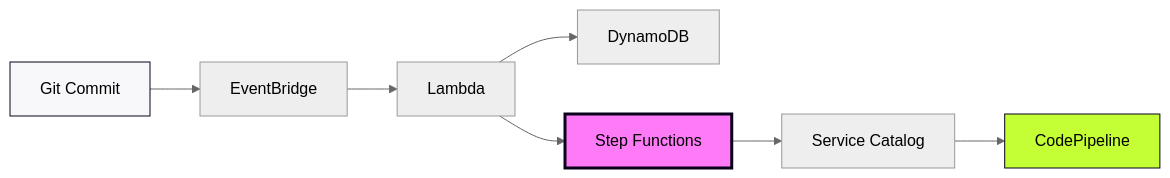
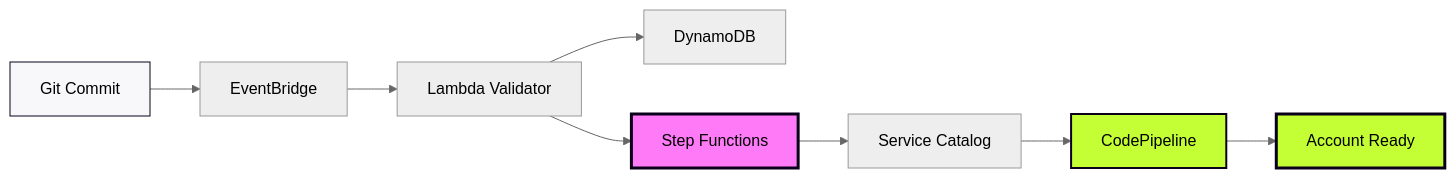
One commit to ken-createfuture-demo/aft-demo-presentation changed the second of 2 diagrams in slides/02-architecture.md. Above: the diagram before and after it, drawn with Mermaid (neutral theme). The commit also changed other lines of this file and 1 other file, not shown here.

````diff
--- a/slides/02-architecture.md
+++ b/slides/02-architecture.md
@@ -57,13 +38,15 @@
 ```mermaid
 graph LR
     A[Git Commit] --> B[EventBridge]
-    B --> C[Lambda]
+    B --> C[Lambda Validator]
     C --> D[DynamoDB]
     C --> E[Step Functions]
     E --> F[Service Catalog]
     F --> G[CodePipeline]
+    G --> H[Account Ready]
     
     style A fill:#F8F8FA,stroke:#0A001A
     style E fill:#FE7AF6,stroke:#0A001A,stroke-width:3px
-    style G fill:#C3FF34,stroke:#0A001A
+    style G fill:#C3FF34,stroke:#0A001A,stroke-width:2px
+    style H fill:#C3FF34,stroke:#0A001A,stroke-width:3px
 ```
````
